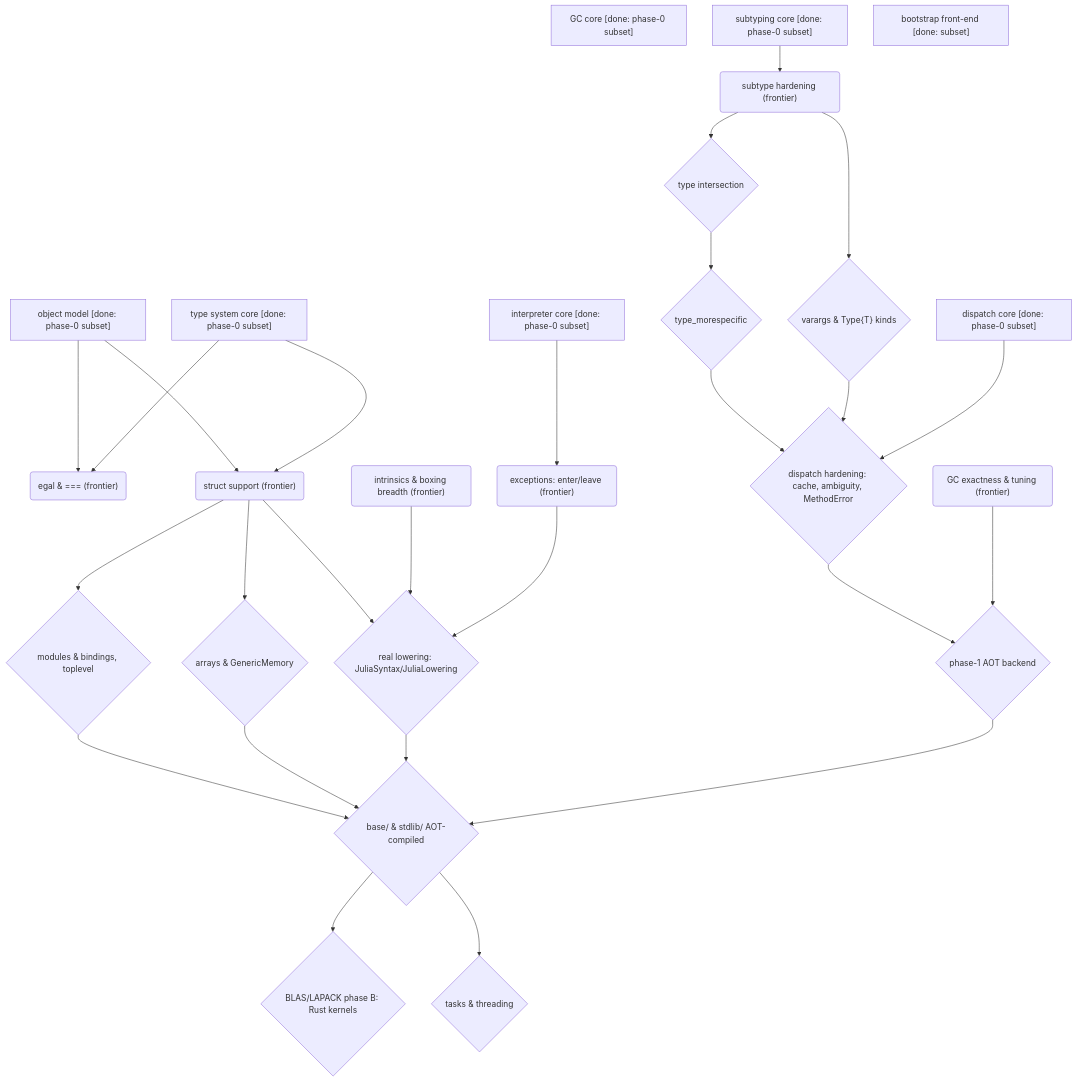
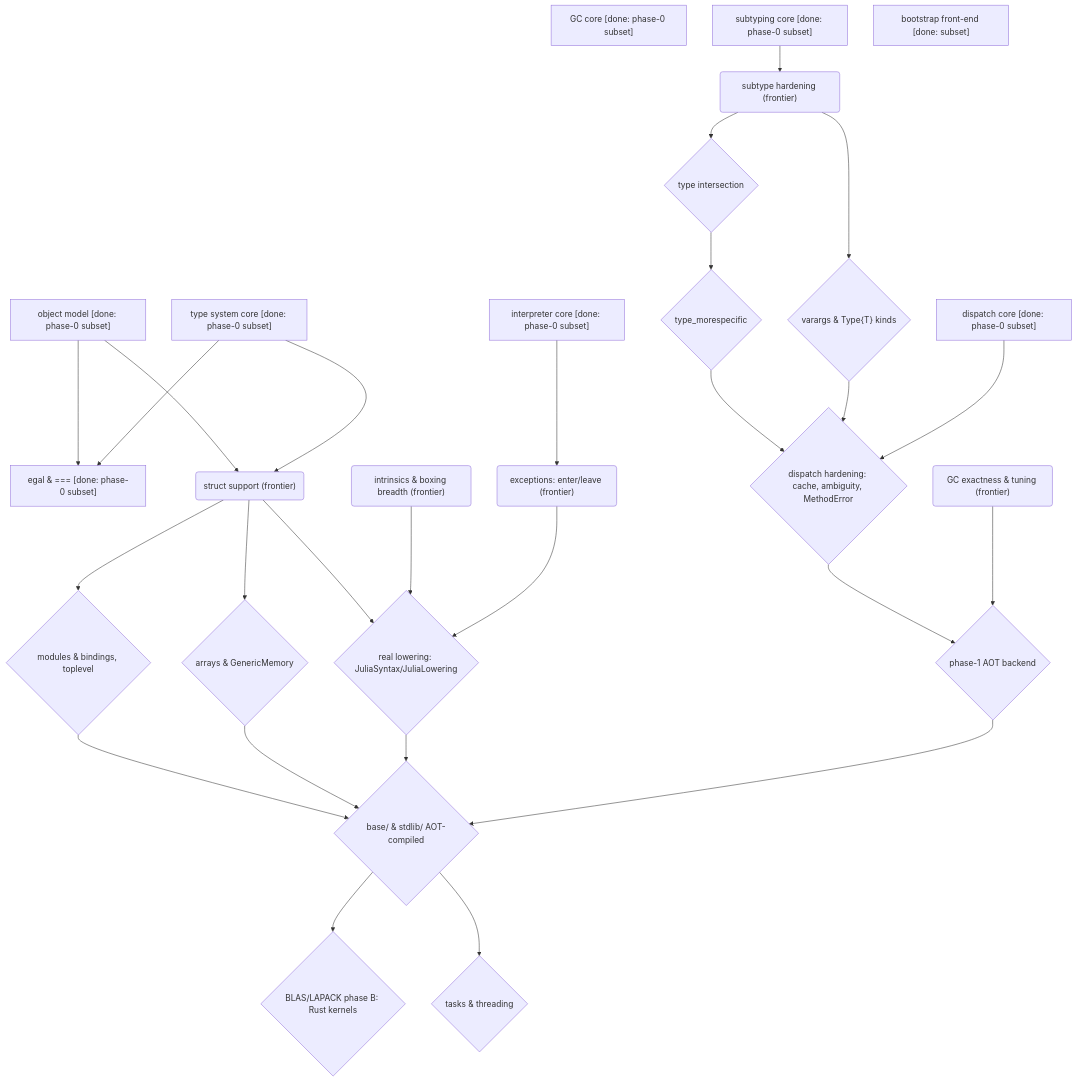
The diagram in design/strategy.md (andy-emerson/Ruju), drawn with Mermaid before and after one commit. The commit also changed other lines of this file and 8 other files, not shown here.

````diff
--- a/design/strategy.md
+++ b/design/strategy.md
@@ -77,55 +77,55 @@
 ```mermaid
 flowchart TD
     OBJ["object model [done: phase-0 subset]"]
     GC0["GC core [done: phase-0 subset]"]
     TYPES["type system core [done: phase-0 subset]"]
     SUB0["subtyping core [done: phase-0 subset]"]
     DISP0["dispatch core [done: phase-0 subset]"]
     INTERP0["interpreter core [done: phase-0 subset]"]
     FE0["bootstrap front-end [done: subset]"]
 
-    EGAL("egal & === (frontier)")
+    EGAL["egal & === [done: phase-0 subset]"]
     STRUCTS("struct support (frontier)")
     INTRIN("intrinsics & boxing breadth (frontier)")
     GCX("GC exactness & tuning (frontier)")
     SUBX("subtype hardening (frontier)")
     EXC("exceptions: enter/leave (frontier)")
 
     ISECT{"type intersection"}
     MORESPEC{"type_morespecific"}
     VARARG{"varargs & Type{T} kinds"}
     DISPX{"dispatch hardening: cache, ambiguity, MethodError"}
     ARRAYS{"arrays & GenericMemory"}
     MODULES{"modules & bindings, toplevel"}
     LOWER{"real lowering: JuliaSyntax/JuliaLowering"}
     AOT{"phase-1 AOT backend"}
     BASE{"base/ & stdlib/ AOT-compiled"}
     BLAS{"BLAS/LAPACK phase B: Rust kernels"}
     TASKS{"tasks & threading"}
 
     OBJ --> STRUCTS
     TYPES --> STRUCTS
     OBJ --> EGAL
     TYPES --> EGAL
     SUB0 --> SUBX
     SUBX --> ISECT
     SUBX --> VARARG
     ISECT --> MORESPEC
     MORESPEC --> DISPX
     VARARG --> DISPX
     DISP0 --> DISPX
     STRUCTS --> ARRAYS
     STRUCTS --> MODULES
     INTERP0 --> EXC
     STRUCTS --> LOWER
     INTRIN --> LOWER
     EXC --> LOWER
     MODULES --> BASE
     ARRAYS --> BASE
     LOWER --> BASE
     AOT --> BASE
     DISPX --> AOT
     GCX --> AOT
     BASE --> BLAS
     BASE --> TASKS
 ```
````
